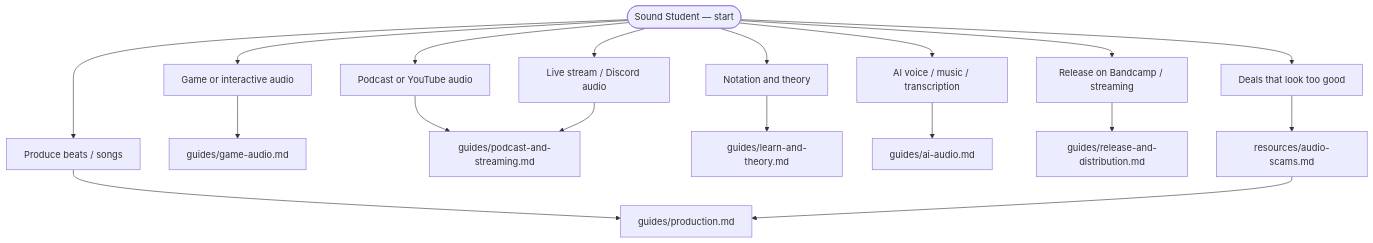
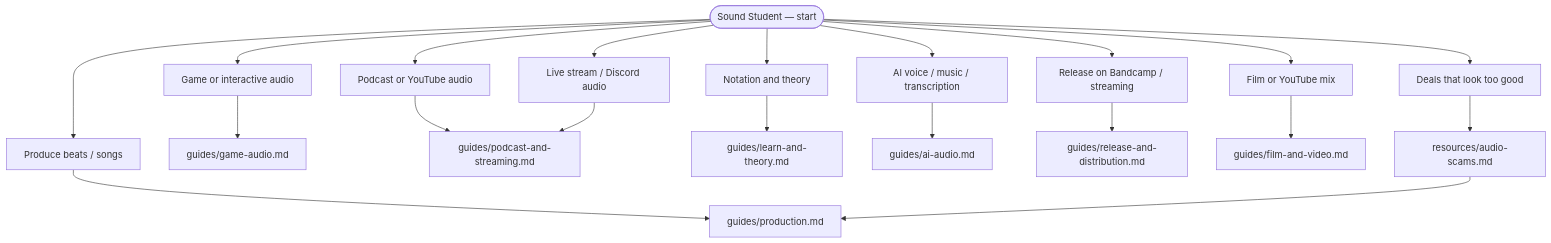
One commit to Jay-Lokhande/never-your-sounds changed the diagram in README.md. Above: the diagram before and after it, drawn with Mermaid. The commit also changed other lines of this file and 23 other files, not shown here.

Commit message:
Add enriched JSON, CI validation, film/a11y guides, license checklist, OG tags.

````diff
--- a/README.md
+++ b/README.md
@@ -17,22 +17,24 @@
 ```mermaid
 flowchart TD
   start([Sound Student — start])
   start --> prod[Produce beats / songs]
   start --> game[Game or interactive audio]
   start --> pod[Podcast or YouTube audio]
   start --> stream[Live stream / Discord audio]
   start --> theory[Notation and theory]
   start --> ai[AI voice / music / transcription]
   start --> release[Release on Bandcamp / streaming]
+  start --> film[Film or YouTube mix]
   start --> safe[Deals that look too good]
 
   prod --> g1[guides/production.md]
   game --> g2[guides/game-audio.md]
   pod --> g3[guides/podcast-and-streaming.md]
   stream --> g3
   theory --> g4[guides/learn-and-theory.md]
   ai --> g5[guides/ai-audio.md]
   release --> g6[guides/release-and-distribution.md]
+  film --> g7[guides/film-and-video.md]
   safe --> scam[resources/audio-scams.md]
   scam --> g1
 ```
````
